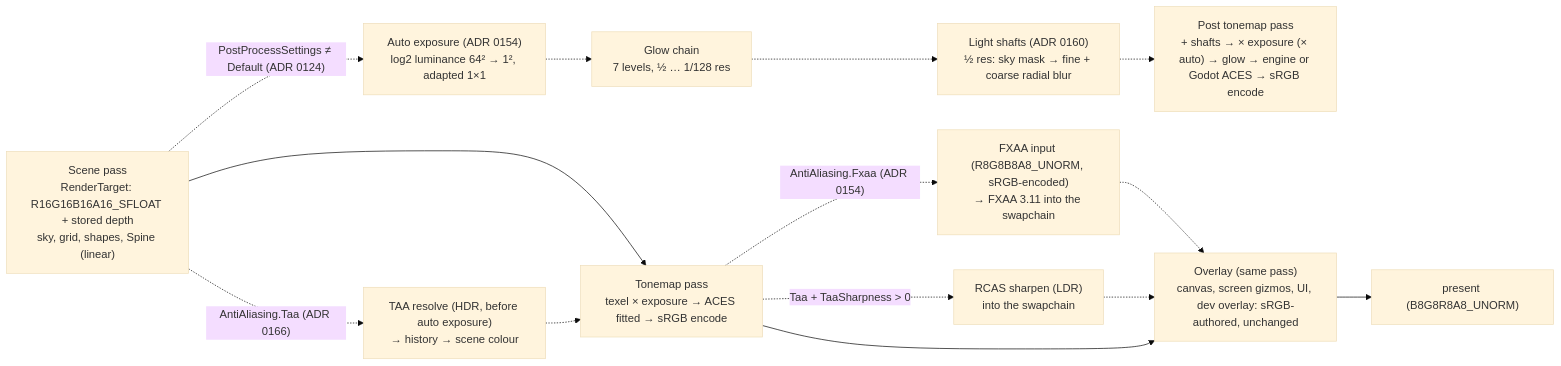
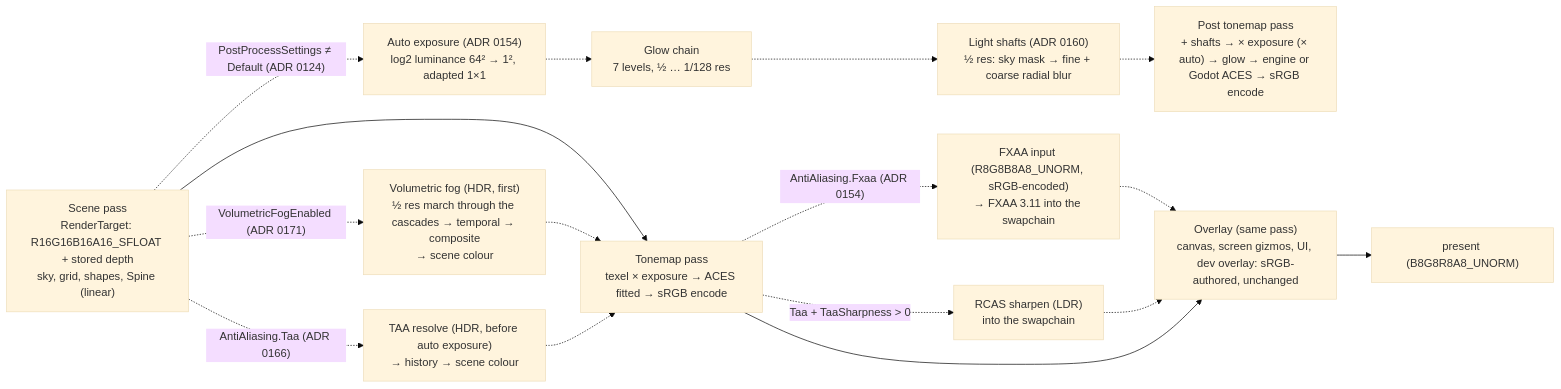
The first of 2 diagrams in docs/design/color-pipeline.md (Mainframe-Games/mainframe-engine), drawn with Mermaid (base theme) before and after one commit. The commit also changed other lines of this file and 47 other files, not shown here.

First line of the commit message:
Rendering: volumetric fog, a shadowed ray march (ADR 0171)

````diff
--- a/docs/design/color-pipeline.md
+++ b/docs/design/color-pipeline.md
@@ -25,10 +25,11 @@
 ```mermaid
 flowchart LR
     S["Scene pass<br/>RenderTarget: R16G16B16A16_SFLOAT + stored depth<br/>sky, grid, shapes, Spine (linear)"] --> T["Tonemap pass<br/>texel × exposure → ACES fitted → sRGB encode"]
     S -. "PostProcessSettings ≠ Default (ADR 0124)" .-> AE["Auto exposure (ADR 0154)<br/>log2 luminance 64² → 1², adapted 1×1"] -.-> G["Glow chain<br/>7 levels, ½ … 1/128 res"] -.-> LS["Light shafts (ADR 0160)<br/>½ res: sky mask → fine + coarse radial blur"] -.-> T2["Post tonemap pass<br/>+ shafts → × exposure (× auto) → glow → engine or Godot ACES → sRGB encode"]
+    S -. "VolumetricFogEnabled (ADR 0171)" .-> VF["Volumetric fog (HDR, first)<br/>½ res march through the cascades → temporal → composite<br/>→ scene colour"] -.-> T
     S -. "AntiAliasing.Taa (ADR 0166)" .-> TA["TAA resolve (HDR, before auto exposure)<br/>→ history → scene colour"] -.-> T
     T -. "AntiAliasing.Fxaa (ADR 0154)" .-> F["FXAA input (R8G8B8A8_UNORM, sRGB-encoded)<br/>→ FXAA 3.11 into the swapchain"] -.-> O
     T -. "Taa + TaaSharpness > 0" .-> SH["RCAS sharpen (LDR)<br/>into the swapchain"] -.-> O
     T --> O["Overlay (same pass)<br/>canvas, screen gizmos, UI, dev overlay: sRGB-authored, unchanged"]
     O --> P["present (B8G8R8A8_UNORM)"]
 ```
````
